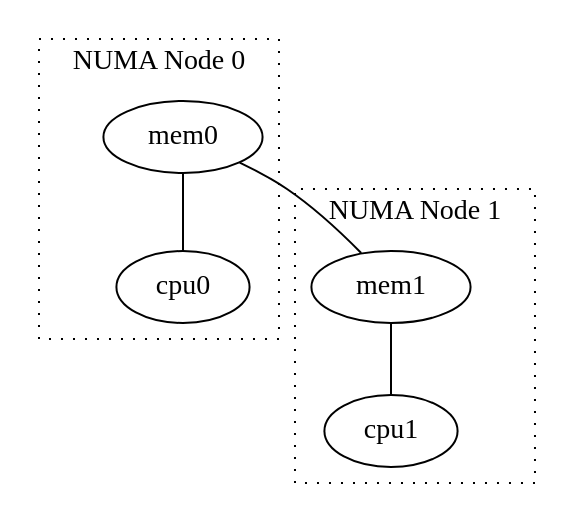
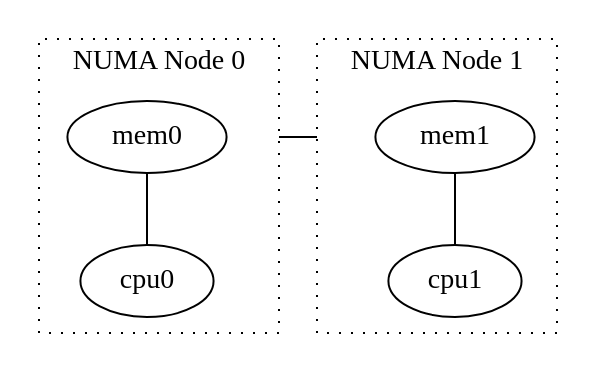
The diagram in figures/minsky-topo-numa.dot (cwpearson/ms-thesis), drawn with Graphviz before and after one commit. The commit also changed 3 other files, not shown here.

```diff
--- a/figures/minsky-topo-numa.dot
+++ b/figures/minsky-topo-numa.dot
@@ -1,23 +1,24 @@
 graph G {
 
     //ratio=fill;
     //ranksep=1.5;
-    nodesep=0.25;
+    nodesep=1;
+    compound=true;
 
     subgraph cluster_numa0 { label="NUMA Node 0";
         mem0;
         cpu0;
         graph[style=dotted];
     }
 
     subgraph cluster_numa1 { label="NUMA Node 1";
         mem1;
         cpu1;
         graph[style=dotted];
     }
 
     mem0 -- cpu0;
     mem1 -- cpu1;
 
-    mem0 -- mem1 [ltail=cluster_numa1,lhead=cluster_numa0];
+    mem0 -- mem1 [ltail=cluster_numa0,lhead=cluster_numa1,constraint=false];
 }
```
